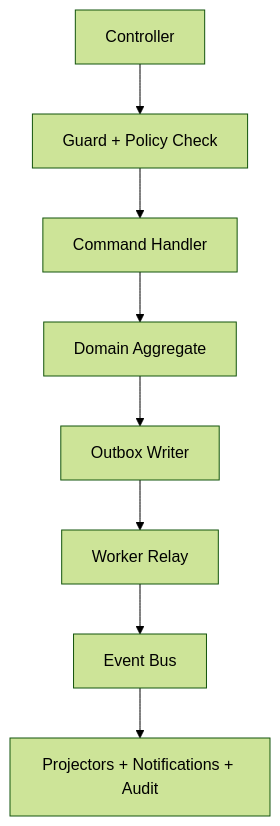
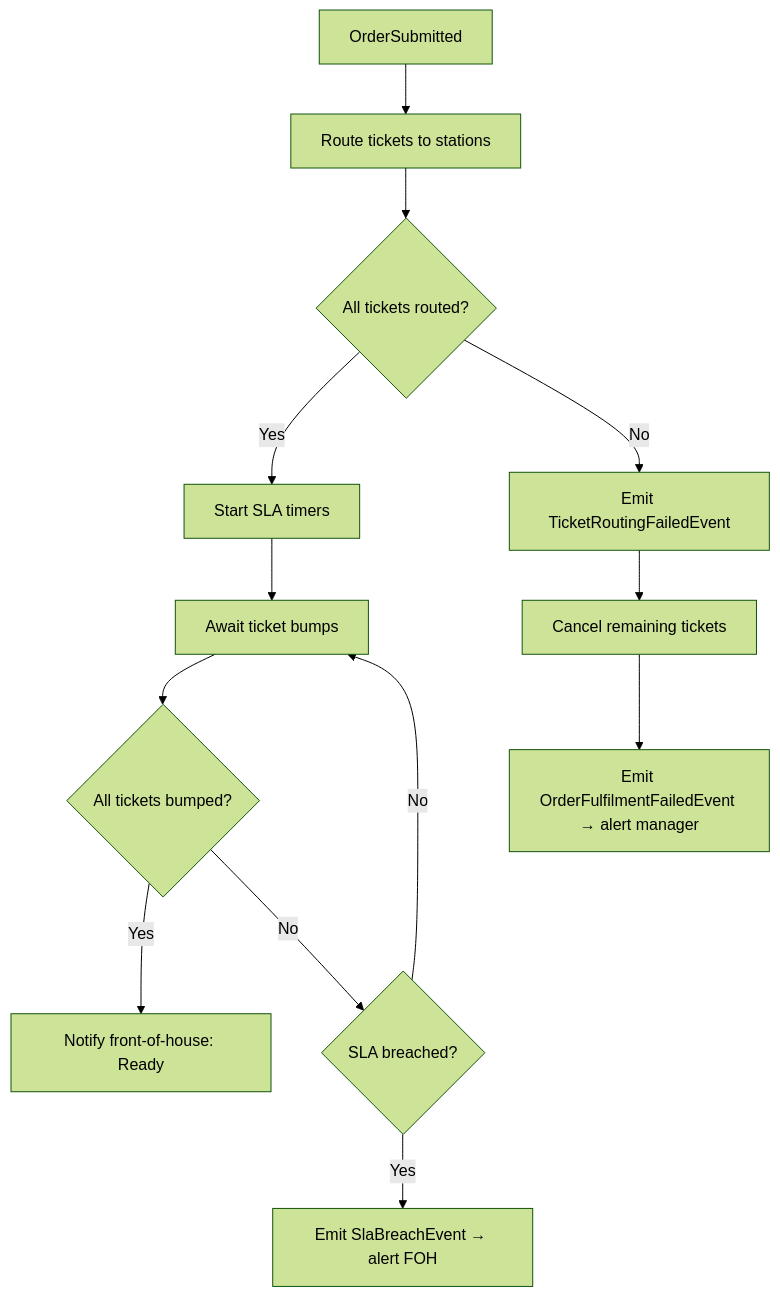
One commit to 0Ankit0/Project-Ideas changed the seventh of 7 diagrams in Restaurant Management System/implementation/c4-code-diagram.md. Above: the diagram before and after it, drawn with Mermaid (forest theme). The commit also changed other lines of this file and 22 other files, not shown here.

````diff
--- a/Restaurant Management System/implementation/c4-code-diagram.md
+++ b/Restaurant Management System/implementation/c4-code-diagram.md
@@ -67,10 +466,15 @@
 ```mermaid
 flowchart TD
-    C[Controller] --> G[Guard + Policy Check]
-    G --> H[Command Handler]
-    H --> D[Domain Aggregate]
-    D --> O[Outbox Writer]
-    O --> W[Worker Relay]
-    W --> E[Event Bus]
-    E --> P[Projectors + Notifications + Audit]
+    A[OrderSubmitted] --> B[Route tickets to stations]
+    B --> C{All tickets routed?}
+    C -- Yes --> D[Start SLA timers]
+    D --> E[Await ticket bumps]
+    E --> F{All tickets bumped?}
+    F -- Yes --> G[Notify front-of-house: Ready]
+    F -- No --> H{SLA breached?}
+    H -- Yes --> I[Emit SlaBreachEvent → alert FOH]
+    H -- No --> E
+    C -- No --> J[Emit TicketRoutingFailedEvent]
+    J --> K[Cancel remaining tickets]
+    K --> L[Emit OrderFulfilmentFailedEvent → alert manager]
 ```
````
